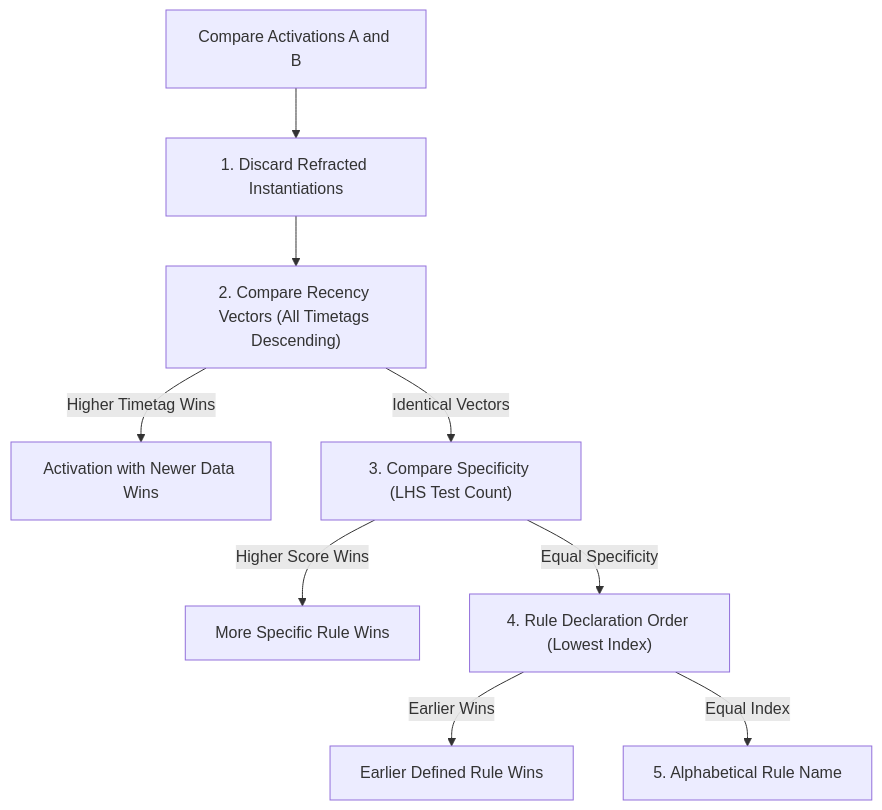
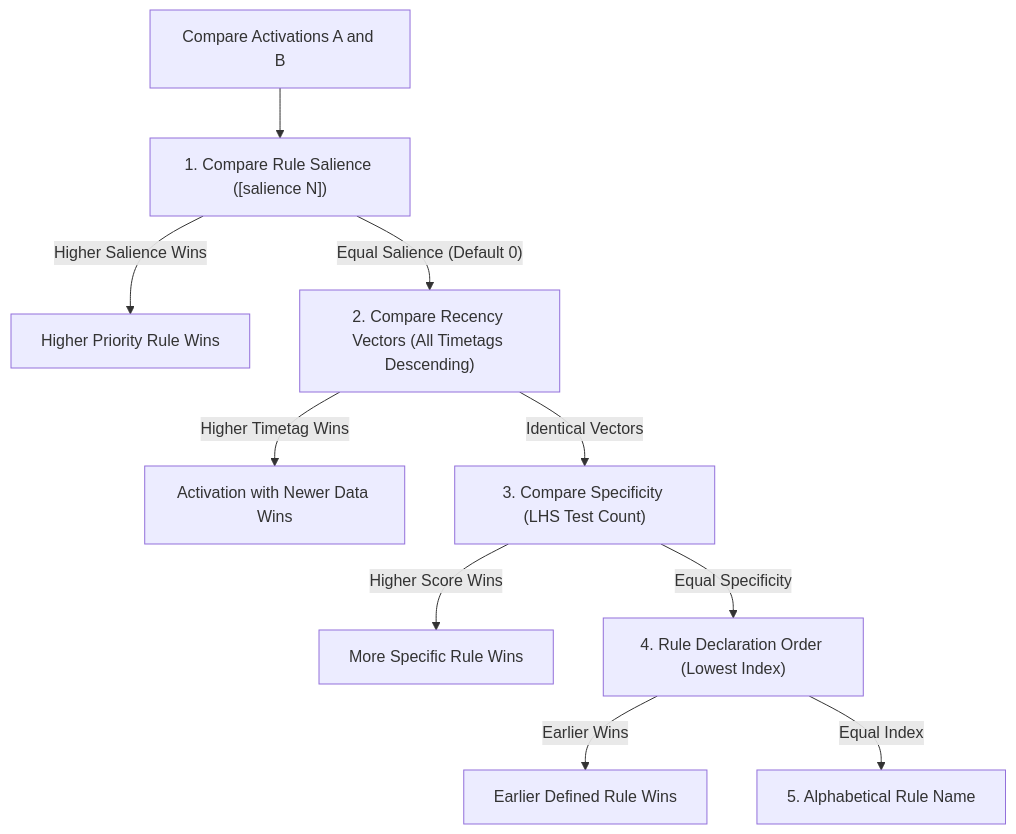
The second of 4 diagrams in docs/conflict_resolution.md (graemenewlands/ops5), drawn with Mermaid before and after one commit. The commit also changed other lines of this file and 12 other files, not shown here.

Commit message:
feat: implement rule salience and priority in conflict resolution

````diff
--- a/docs/conflict_resolution.md
+++ b/docs/conflict_resolution.md
@@ -65,11 +65,12 @@
 ```mermaid
 flowchart TD
-    Start["Compare Activations A and B"] --> Refraction["1. Discard Refracted Instantiations"]
-    Refraction --> Recency["2. Compare Recency Vectors (All Timetags Descending)"]
+    Start["Compare Activations A and B"] --> Salience["1. Compare Rule Salience ([salience N])"]
+    Salience -- Higher Salience Wins --> WinnerS["Higher Priority Rule Wins"]
+    Salience -- Equal Salience (Default 0) --> Recency["2. Compare Recency Vectors (All Timetags Descending)"]
     Recency -- Higher Timetag Wins --> WinnerA["Activation with Newer Data Wins"]
     Recency -- Identical Vectors --> Specificity["3. Compare Specificity (LHS Test Count)"]
     Specificity -- Higher Score Wins --> WinnerB["More Specific Rule Wins"]
     Specificity -- Equal Specificity --> DeclOrder["4. Rule Declaration Order (Lowest Index)"]
     DeclOrder -- Earlier Wins --> WinnerC["Earlier Defined Rule Wins"]
     DeclOrder -- Equal Index --> Alphabetical["5. Alphabetical Rule Name"]
 ```
````
